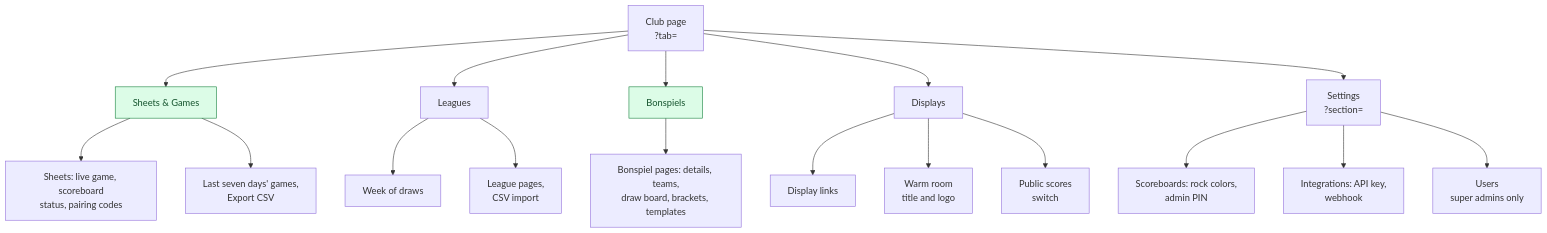
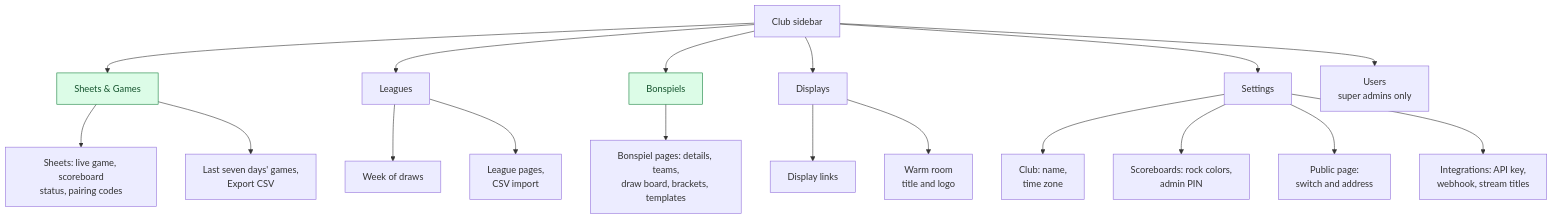
One commit to CloudgateStudios/curling_scoreboard changed the second of 2 diagrams in docs/architecture/admin-portal.md. Above: the diagram before and after it, drawn with Mermaid. The commit also changed other lines of this file and 28 other files, not shown here.

First line of the commit message:
feat: a sidebar for each club, at the same address for every role (#418)

````diff
--- a/docs/architecture/admin-portal.md
+++ b/docs/architecture/admin-portal.md
@@ -41,22 +43,23 @@
 ```mermaid
 flowchart TB
-  CLUB["Club page<br/>?tab="]
-  CLUB --> T1["Sheets & Games"]
-  CLUB --> T2["Leagues"]
-  CLUB --> T3["Bonspiels"]
-  CLUB --> T4["Displays"]
-  CLUB --> T5["Settings<br/>?section="]
+  SIDE["Club sidebar"]
+  SIDE --> T1["Sheets & Games"]
+  SIDE --> T2["Leagues"]
+  SIDE --> T3["Bonspiels"]
+  SIDE --> T4["Displays"]
+  SIDE --> SET["Settings"]
+  SIDE --> U["Users<br/>super admins only"]
   T1 --> T1a["Sheets: live game, scoreboard<br/>status, pairing codes"]
   T1 --> T1b["Last seven days' games,<br/>Export CSV"]
   T2 --> T2a["Week of draws"]
   T2 --> T2b["League pages,<br/>CSV import"]
   T3 --> T3a["Bonspiel pages: details, teams,<br/>draw board, brackets, templates"]
   T4 --> T4a["Display links"]
   T4 --> T4b["Warm room<br/>title and logo"]
-  T4 --> T4c["Public scores<br/>switch"]
-  T5 --> S1["Scoreboards: rock colors,<br/>admin PIN"]
-  T5 --> S2["Integrations: API key,<br/>webhook"]
-  T5 --> S3["Users<br/>super admins only"]
+  SET --> S0["Club: name,<br/>time zone"]
+  SET --> S1["Scoreboards: rock colors,<br/>admin PIN"]
+  SET --> S4["Public page:<br/>switch and address"]
+  SET --> S2["Integrations: API key,<br/>webhook, stream titles"]
   classDef bonspiel fill:#dcfce7,stroke:#15803d,color:#14532d
   class T1,T3 bonspiel
 ```
````
